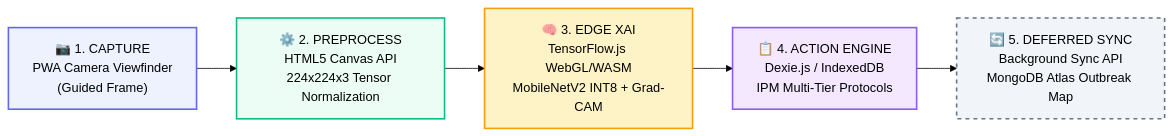
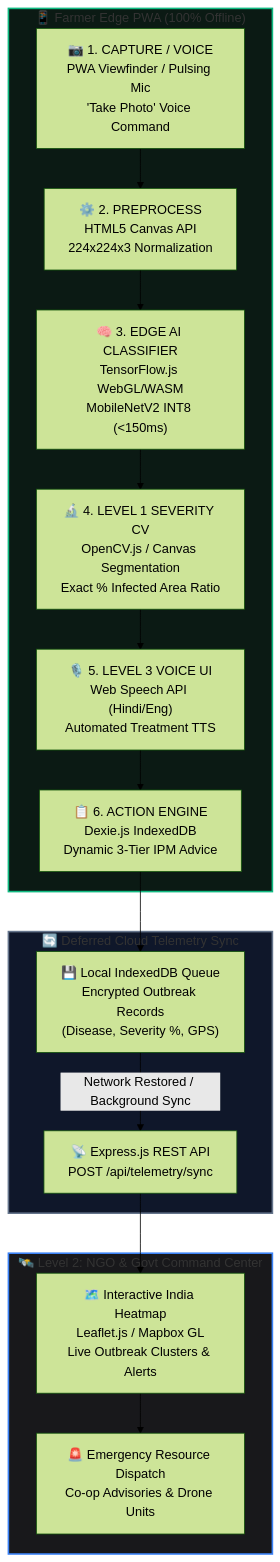
The diagram in README.md (Lakshay030105/AgriEdge), drawn with Mermaid (forest theme) before and after one commit. The commit also changed other lines of this file and 4 other files, not shown here.

Commit message:
docs: add Level 1 severity grading, Level 2 NGO command center, and Level 3 voice UI upgrades

````diff
--- a/README.md
+++ b/README.md
@@ -104,13 +125,24 @@
 ```mermaid
-flowchart LR
-    A["📷 1. CAPTURE\nPWA Camera Viewfinder\n(Guided Frame)"] --> B["⚙️ 2. PREPROCESS\nHTML5 Canvas API\n224x224x3 Tensor Normalization"]
-    B --> C["🧠 3. EDGE XAI\nTensorFlow.js WebGL/WASM\nMobileNetV2 INT8 + Grad-CAM"]
-    C --> D["📋 4. ACTION ENGINE\nDexie.js / IndexedDB\nIPM Multi-Tier Protocols"]
-    D --> E["🔄 5. DEFERRED SYNC\nBackground Sync API\nMongoDB Atlas Outbreak Map"]
+flowchart TD
+    subgraph Farmer_Edge_PWA["📱 Farmer Edge PWA (100% Offline)"]
+        A["📷 1. CAPTURE / VOICE\nPWA Viewfinder / Pulsing Mic\n'Take Photo' Voice Command"] --> B["⚙️ 2. PREPROCESS\nHTML5 Canvas API\n224x224x3 Normalization"]
+        B --> C["🧠 3. EDGE AI CLASSIFIER\nTensorFlow.js WebGL/WASM\nMobileNetV2 INT8 (<150ms)"]
+        C --> D["🔬 4. LEVEL 1 SEVERITY CV\nOpenCV.js / Canvas Segmentation\nExact % Infected Area Ratio"]
+        D --> E["🎙️ 5. LEVEL 3 VOICE UI\nWeb Speech API (Hindi/Eng)\nAutomated Treatment TTS"]
+        E --> F["📋 6. ACTION ENGINE\nDexie.js IndexedDB\nDynamic 3-Tier IPM Advice"]
+    end
 
-    style A fill:#EEF2FF,stroke:#6366F1,stroke-width:2px;
-    style B fill:#ECFDF5,stroke:#10B981,stroke-width:2px;
-    style C fill:#FEF3C7,stroke:#F59E0B,stroke-width:2px;
-    style D fill:#F3E8FF,stroke:#8B5CF6,stroke-width:2px;
-    style E fill:#F1F5F9,stroke:#64748B,stroke-width:2px,stroke-dasharray: 5 5;
+    subgraph Deferred_Sync_Pipeline["🔄 Deferred Cloud Telemetry Sync"]
+        F --> G["💾 Local IndexedDB Queue\nEncrypted Outbreak Records\n(Disease, Severity %, GPS)"]
+        G -->|Network Restored / Background Sync| H["📡 Express.js REST API\nPOST /api/telemetry/sync"]
+    end
+
+    subgraph NGO_Command_Center["🛰️ Level 2: NGO & Govt Command Center"]
+        H --> I["🗺️ Interactive India Heatmap\nLeaflet.js / Mapbox GL\nLive Outbreak Clusters & Alerts"]
+        I --> J["🚨 Emergency Resource Dispatch\nCo-op Advisories & Drone Units"]
+    end
+
+    style Farmer_Edge_PWA fill:#0b1a14,stroke:#10b981,stroke-width:2px;
+    style Deferred_Sync_Pipeline fill:#0f172a,stroke:#64748b,stroke-width:2px;
+    style NGO_Command_Center fill:#18181b,stroke:#3b82f6,stroke-width:2px;
 ```
````
